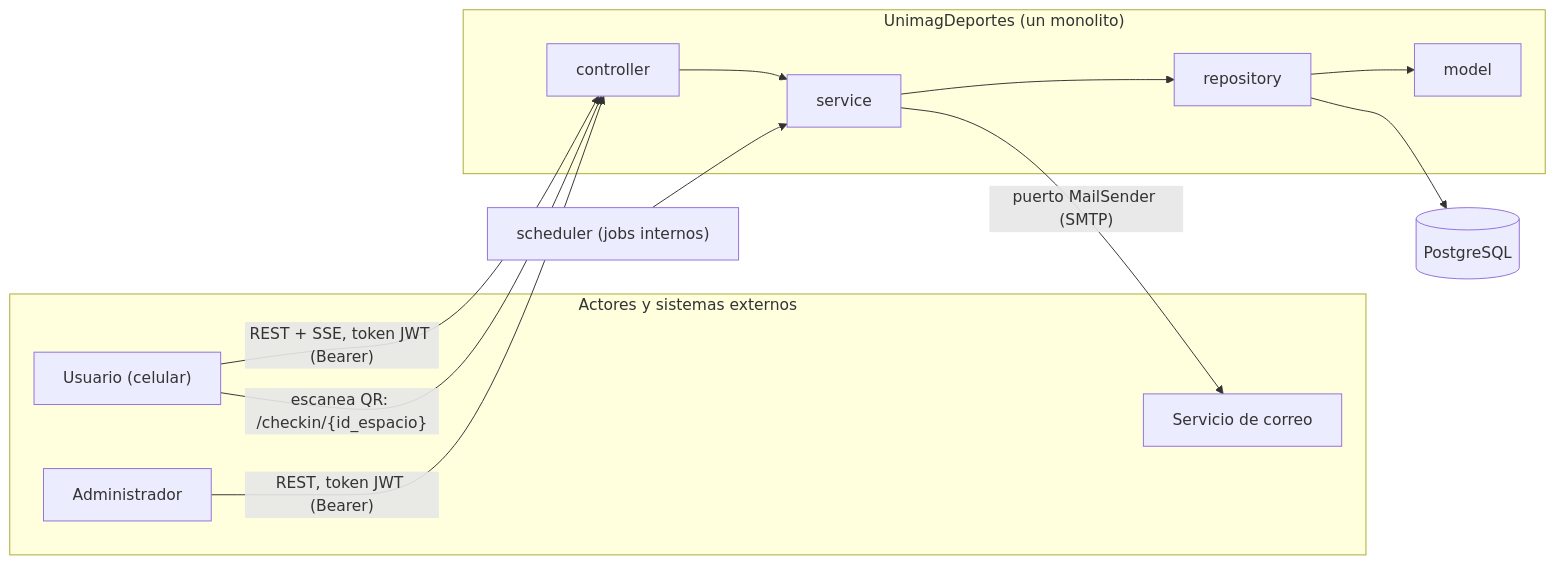
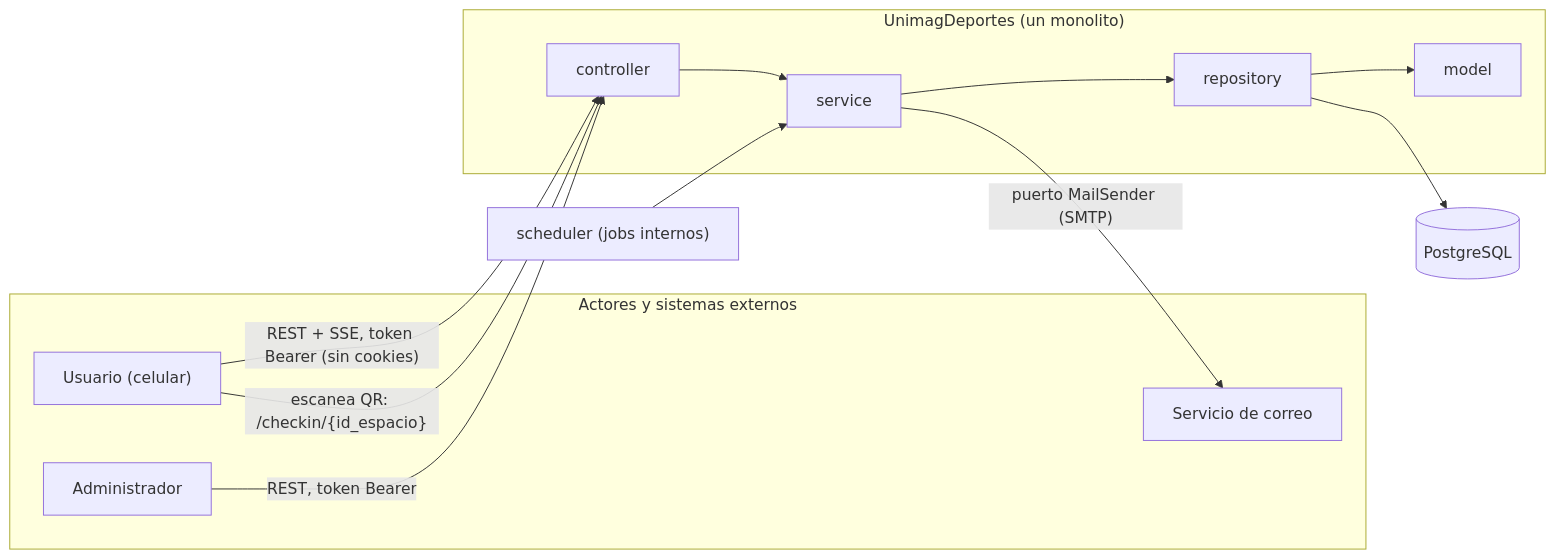
Before and after one commit to SebasTK2008/Unimag-Deportes: the first of 5 diagrams in docs/techincal-plan/plan-general.md, drawn with Mermaid. The commit also changed other lines of this file and 2 other files, not shown here.

````diff
--- a/docs/techincal-plan/plan-general.md
+++ b/docs/techincal-plan/plan-general.md
@@ -77,21 +77,21 @@
 ```mermaid
 flowchart LR
   subgraph EXT["Actores y sistemas externos"]
     USR["Usuario (celular)"]
     ADM["Administrador"]
     MAIL["Servicio de correo"]
   end
 
   DB[("PostgreSQL")]
 
   subgraph SYS["UnimagDeportes (un monolito)"]
     CTL["controller"] --> SRV["service"] --> REP["repository"] --> MOD["model"]
   end
 
   SCH["scheduler (jobs internos)"] --> SRV
-  USR -- "REST + SSE, token JWT (Bearer)" --> CTL
+  USR -- "REST + SSE, token Bearer (sin cookies)" --> CTL
   USR -- "escanea QR: /checkin/{id_espacio}" --> CTL
-  ADM -- "REST, token JWT (Bearer)" --> CTL
+  ADM -- "REST, token Bearer" --> CTL
   REP --> DB
   SRV -- "puerto MailSender (SMTP)" --> MAIL
 ```
````
